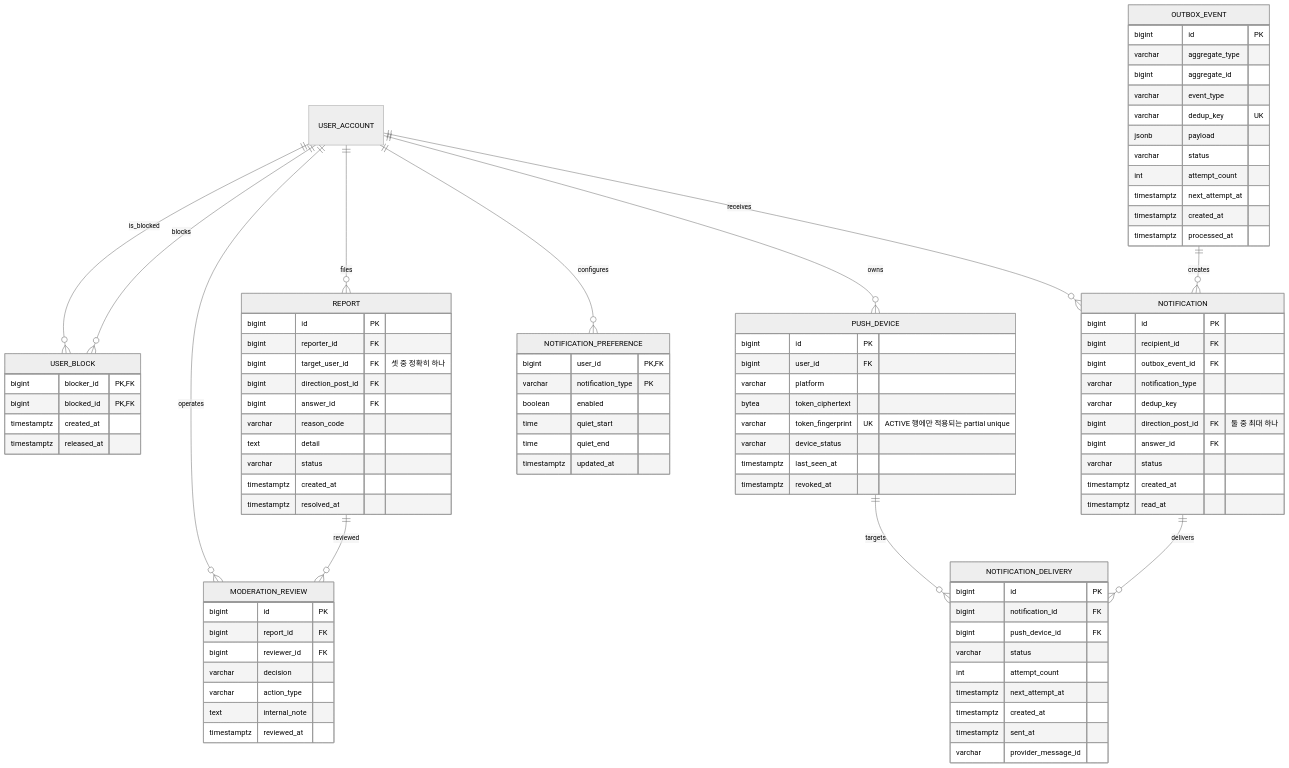
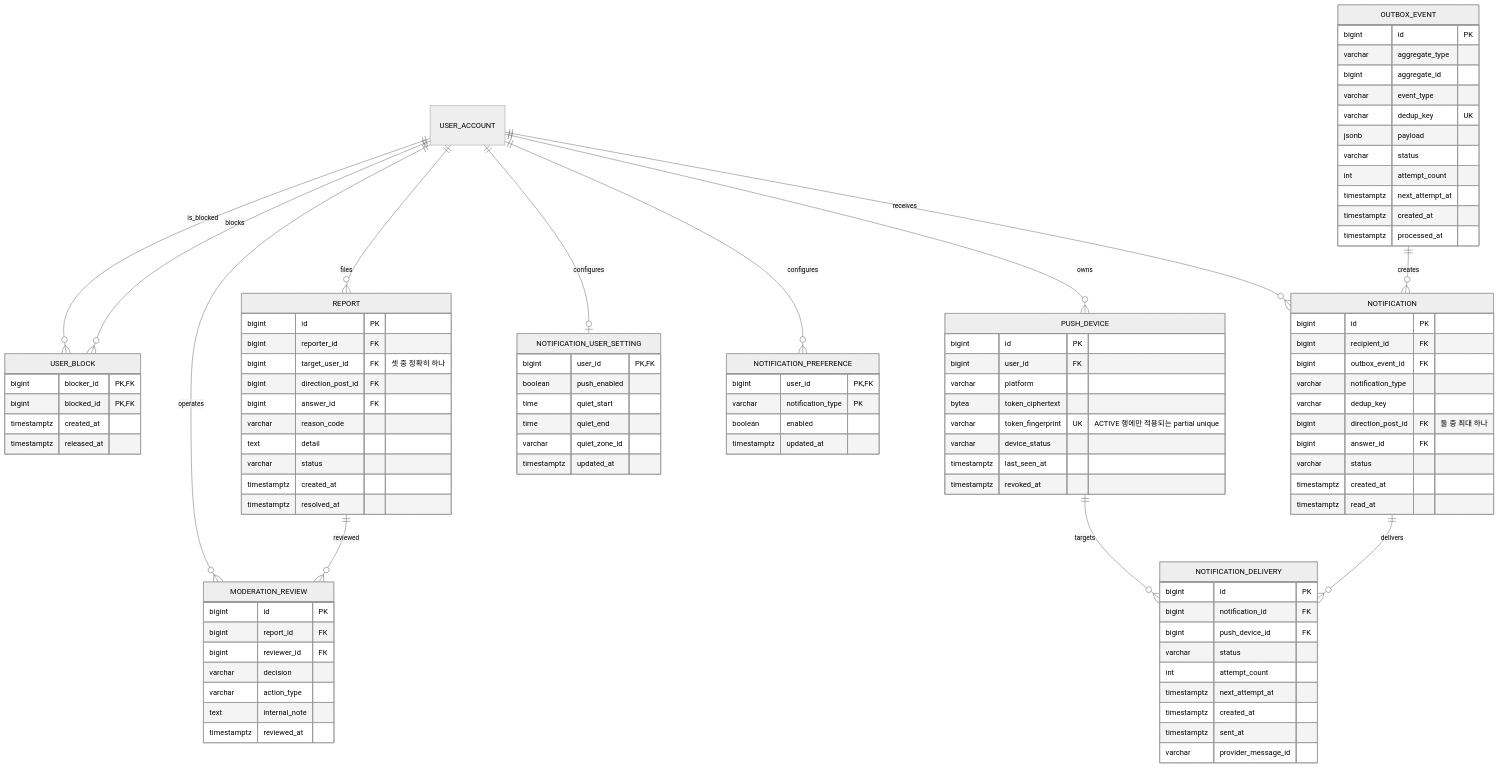
One commit to dnd-side-project/dnd-15th-2-backend changed the fourth of 5 diagrams in docs/product/data-model/DIRECTION_COMMUNICATION_ERD.md. Above: the diagram before and after it, drawn with Mermaid (neutral theme). The commit also changed other lines of this file and 28 other files, not shown here.

```diff
--- a/docs/product/data-model/DIRECTION_COMMUNICATION_ERD.md
+++ b/docs/product/data-model/DIRECTION_COMMUNICATION_ERD.md
@@ -738,12 +739,19 @@
         timestamptz revoked_at
     }
 
+    NOTIFICATION_USER_SETTING {
+        bigint user_id PK,FK
+        boolean push_enabled
+        time quiet_start
+        time quiet_end
+        varchar quiet_zone_id
+        timestamptz updated_at
+    }
+
     NOTIFICATION_PREFERENCE {
         bigint user_id PK,FK
         varchar notification_type PK
         boolean enabled
-        time quiet_start
-        time quiet_end
         timestamptz updated_at
     }
 
@@ -792,6 +800,7 @@
     REPORT ||--o{ MODERATION_REVIEW : reviewed
     USER_ACCOUNT ||--o{ MODERATION_REVIEW : operates
     USER_ACCOUNT ||--o{ PUSH_DEVICE : owns
+    USER_ACCOUNT ||--o| NOTIFICATION_USER_SETTING : configures
     USER_ACCOUNT ||--o{ NOTIFICATION_PREFERENCE : configures
     OUTBOX_EVENT ||--o{ NOTIFICATION : creates
     USER_ACCOUNT ||--o{ NOTIFICATION : receives
```
